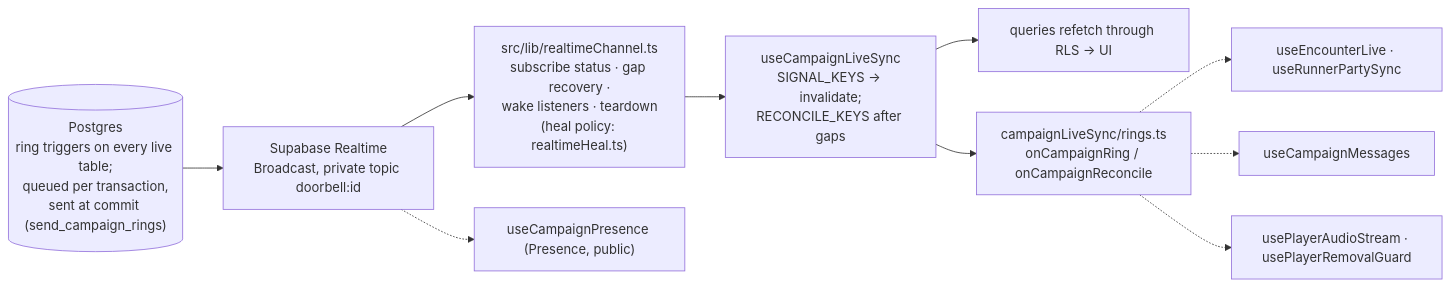
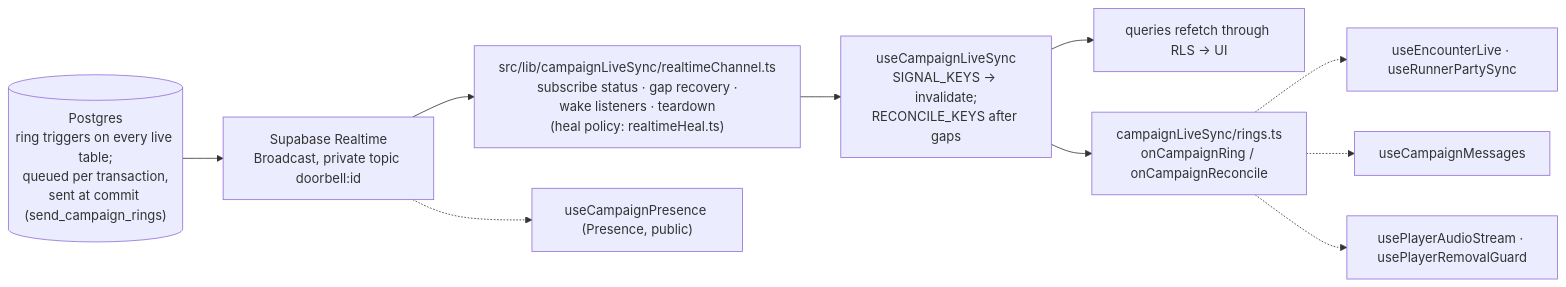
One commit to irongollem/grimoire changed the third of 4 diagrams in context/architecture/internal.md. Above: the diagram before and after it, drawn with Mermaid. The commit also changed other lines of this file and 89 other files, not shown here.

````diff
--- a/context/architecture/internal.md
+++ b/context/architecture/internal.md
@@ -154,12 +154,12 @@
 ```mermaid
 flowchart LR
     pg[("Postgres<br/>ring triggers on every live table;<br/>queued per transaction,<br/>sent at commit (send_campaign_rings)")] --> rt["Supabase Realtime<br/>Broadcast, private topic doorbell:id"]
-    rt --> chan["src/lib/realtimeChannel.ts<br/>subscribe status · gap recovery ·<br/>wake listeners · teardown<br/>(heal policy: realtimeHeal.ts)"]
+    rt --> chan["src/lib/campaignLiveSync/realtimeChannel.ts<br/>subscribe status · gap recovery ·<br/>wake listeners · teardown<br/>(heal policy: realtimeHeal.ts)"]
     chan --> sync["useCampaignLiveSync<br/>SIGNAL_KEYS → invalidate;<br/>RECONCILE_KEYS after gaps"]
     sync --> uiL["queries refetch through RLS → UI"]
     sync --> bus["campaignLiveSync/rings.ts<br/>onCampaignRing / onCampaignReconcile"]
     bus -.-> enc["useEncounterLive · useRunnerPartySync"]
     bus -.-> msg["useCampaignMessages"]
     bus -.-> snd["usePlayerAudioStream · usePlayerRemovalGuard"]
     rt -.-> pres["useCampaignPresence (Presence, public)"]
 ```
````
